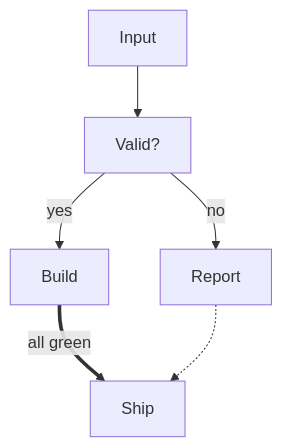
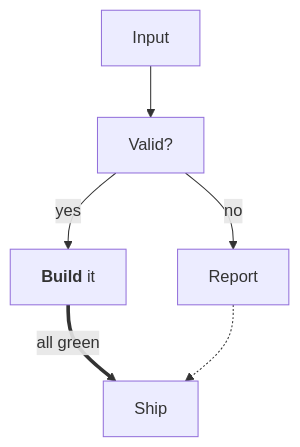
One commit to GeertBosch/mdcat changed the third of 6 diagrams in README.md. Above: the diagram before and after it, drawn with Mermaid. The commit also changed other lines of this file and 19 other files, not shown here.

Commit message:
Read quoted, entity, line-break and Markdown labels in Mermaid flowcharts

````diff
--- a/README.md
+++ b/README.md
@@ -236,8 +236,8 @@
 ```mermaid
 graph TD
     input[Input] --> check[Valid?]
-    check -->|yes| build[Build]
+    check -->|yes| build["`**Build** it`"]
     check -->|no| report[Report]
     build == all green ==> ship[Ship]
     report -.-> ship
 ```
````
